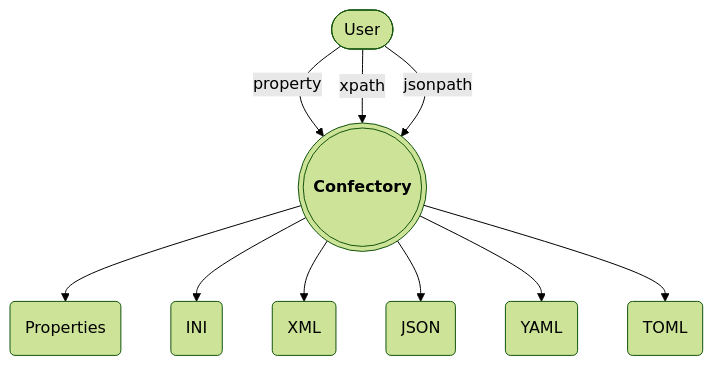
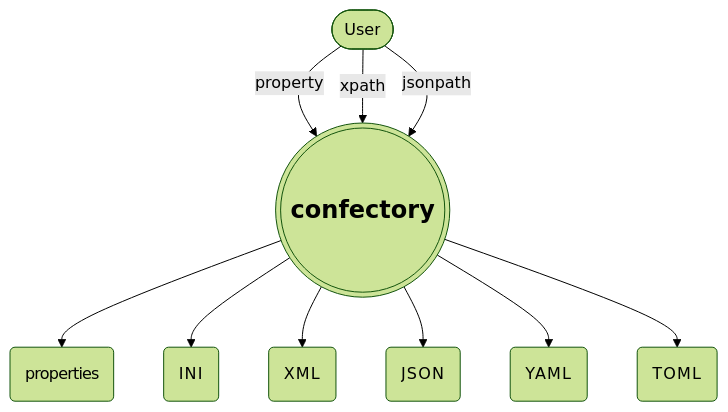
Before and after one commit to oswaldobapvicjr/confectory: the first of 3 diagrams in README.md, drawn with Mermaid (forest theme).

Commit message:
Update diagram aesthetics

`````diff
--- a/README.md
+++ b/README.md
@@ -19,13 +19,17 @@
 ````mermaid
 flowchart TD
-    User(["User"]) -->|"property"| c((("<b>Confectory</b>")))
+    User(["User"]) -->|"property"| c((("`**confectory**`"))):::larger
     User -->|"xpath"| c
     User -->|"jsonpath"| c
 
-    c-->properties("Properties")
-    c-->ini("INI")
-    c-->xml("XML")
-    c-->json("JSON")
-    c-->yaml("YAML")
-    c-->toml("TOML")
+    c-->properties("properties"):::condensed
+    c-->ini("INI"):::expanded
+    c-->xml("XML"):::expanded
+    c-->json("JSON"):::expanded
+    c-->yaml("YAML"):::expanded
+    c-->toml("TOML"):::expanded
+
+    classDef larger font-size:18pt
+    classDef condensed letter-spacing:-0.8px
+    classDef expanded letter-spacing:1.2px
 ````
`````
